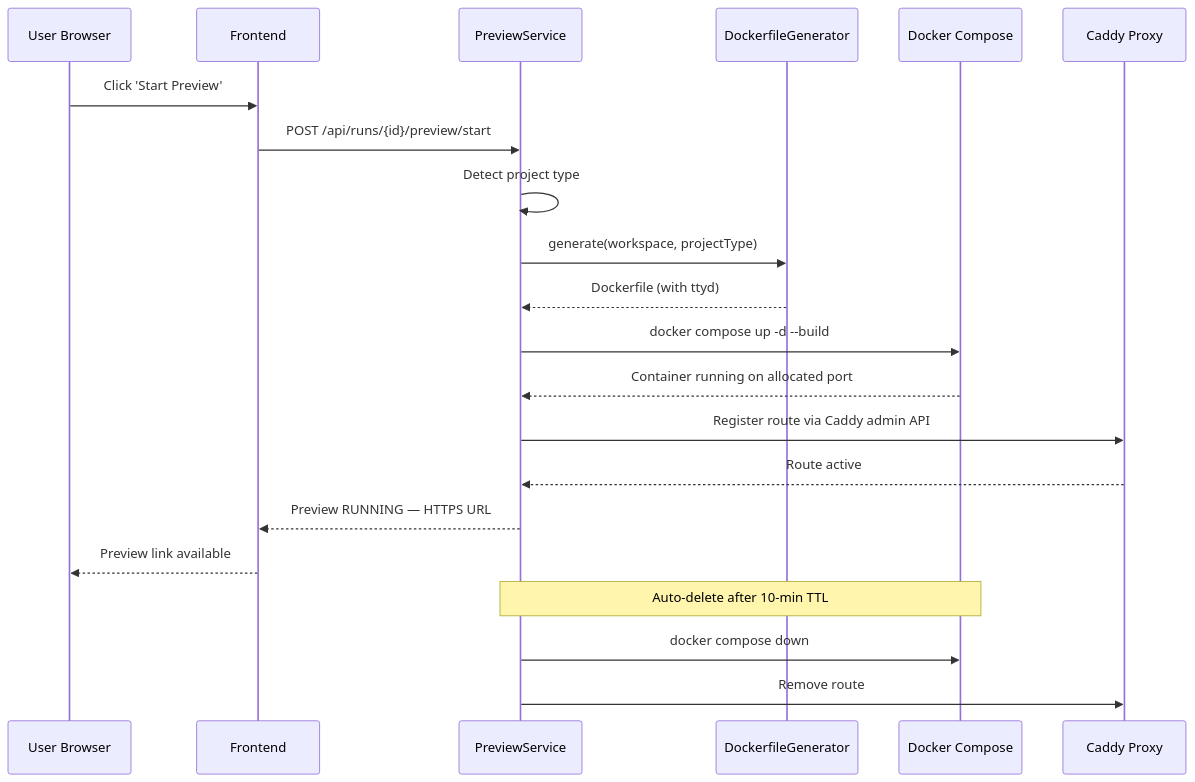
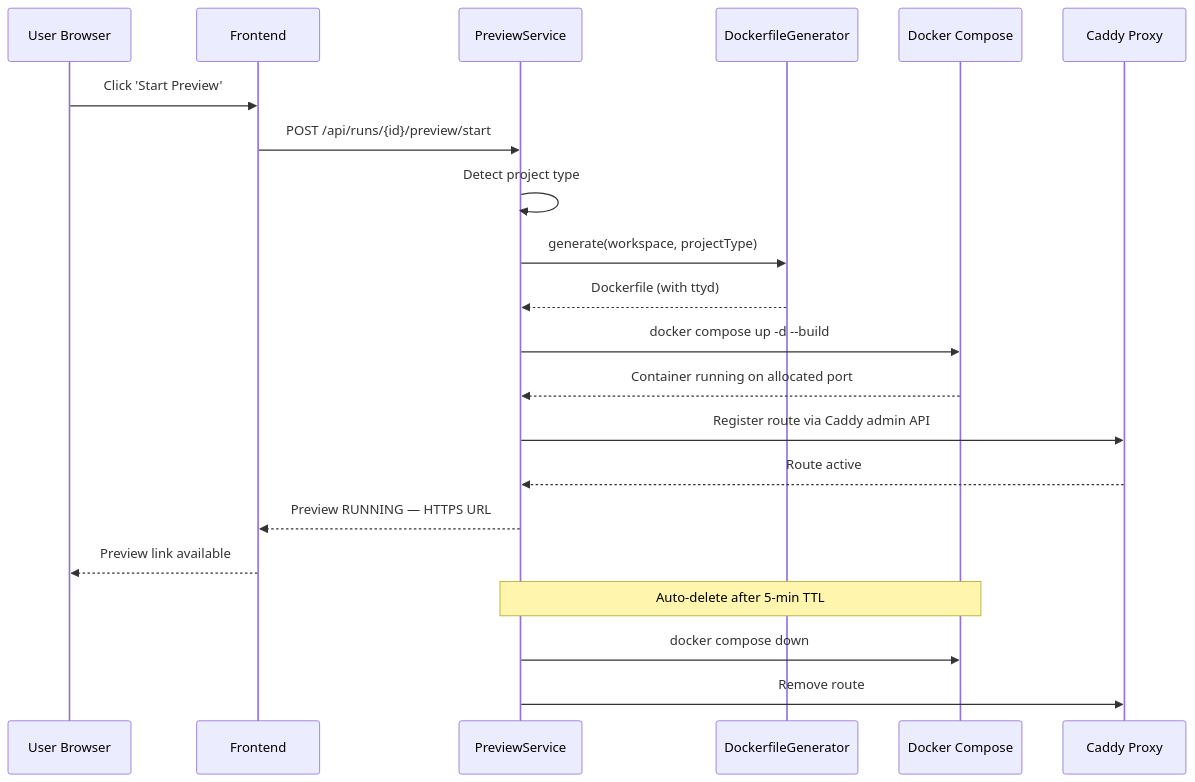
Diagram 17 of 25 in docs/WORKFLOWS.md (navneetprabhakar/executespec), drawn with Mermaid before and after one commit. The commit also changed other lines of this file and 14 other files, not shown here.

First line of the commit message:
fix: preview iframe color overlap, unify TTL to 5 min across all config and docs

````diff
--- a/docs/WORKFLOWS.md
+++ b/docs/WORKFLOWS.md
@@ -537,25 +537,25 @@
 ```mermaid
 sequenceDiagram
     participant U as User Browser
     participant FE as Frontend
     participant BE as PreviewService
     participant DG as DockerfileGenerator
     participant DC as Docker Compose
     participant CD as Caddy Proxy
 
     U->>FE: Click 'Start Preview'
     FE->>BE: POST /api/runs/{id}/preview/start
     BE->>BE: Detect project type
     BE->>DG: generate(workspace, projectType)
     DG-->>BE: Dockerfile (with ttyd)
     BE->>DC: docker compose up -d --build
     DC-->>BE: Container running on allocated port
     BE->>CD: Register route via Caddy admin API
     CD-->>BE: Route active
     BE-->>FE: Preview RUNNING — HTTPS URL
     FE-->>U: Preview link available
 
-    Note over BE,DC: Auto-delete after 10-min TTL
+    Note over BE,DC: Auto-delete after 5-min TTL
     BE->>DC: docker compose down
     BE->>CD: Remove route
 ```
````
